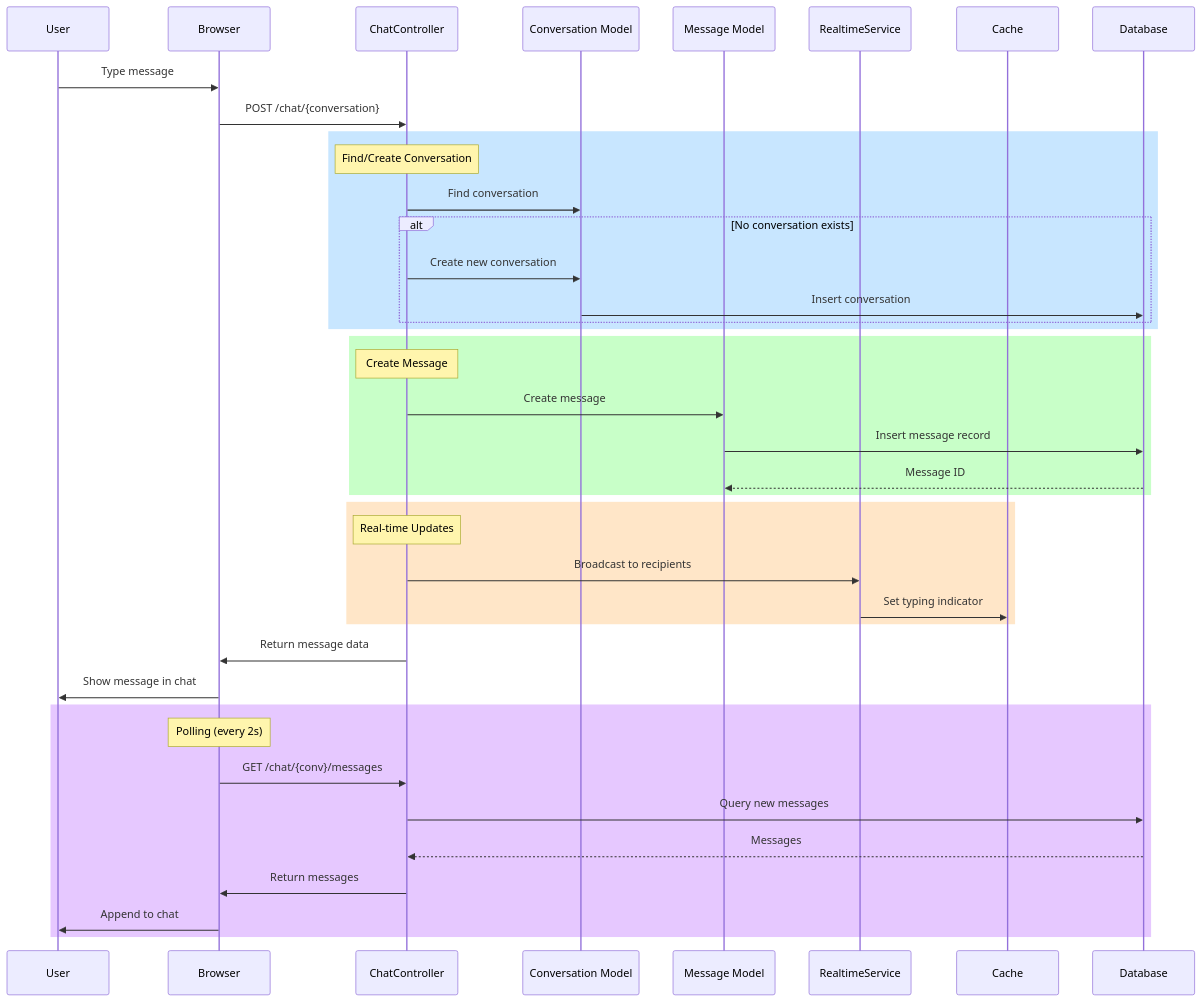
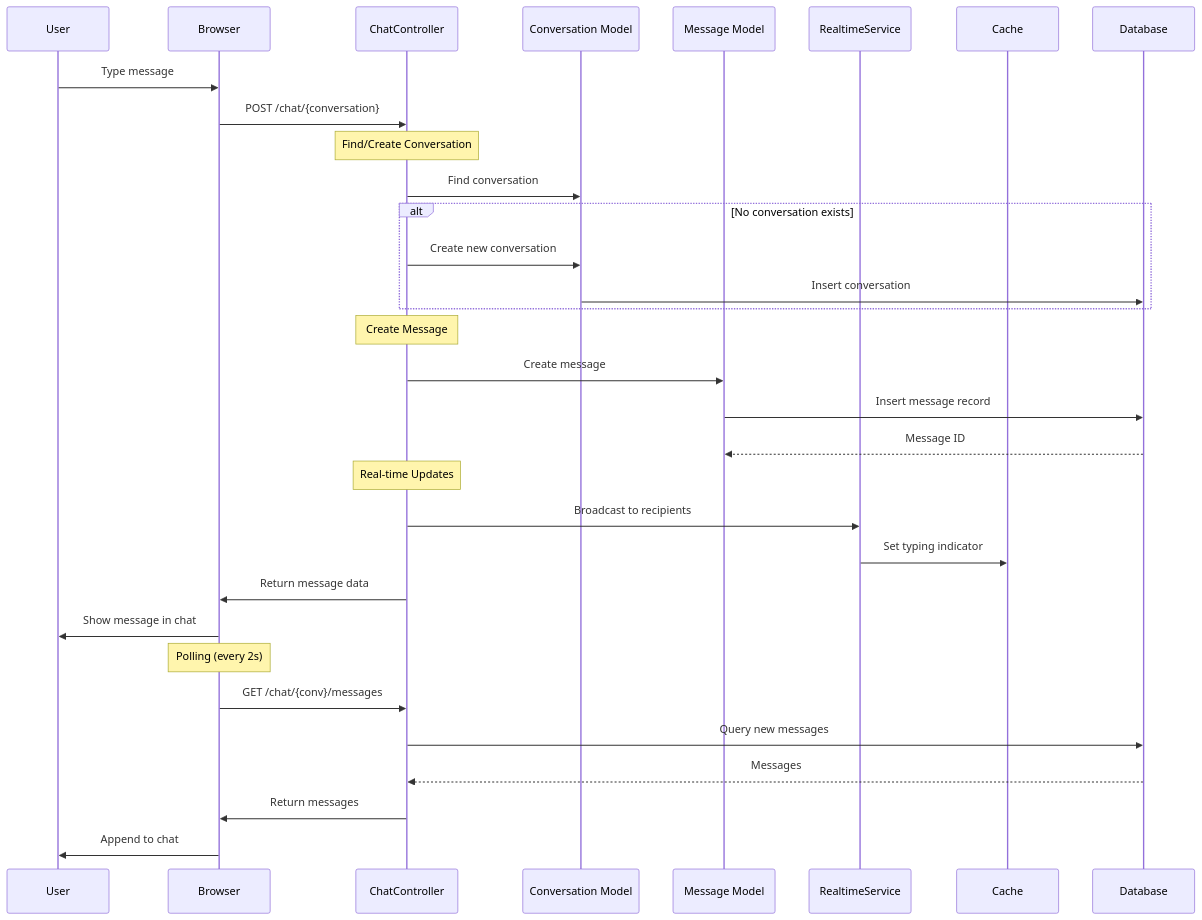
Before and after one commit to vd120/laravel_project: the eighth of 28 diagrams in UML.md, drawn with Mermaid. The commit also changed other lines of this file, not shown here.

````diff
--- a/UML.md
+++ b/UML.md
@@ -1116,48 +828,40 @@
 ```mermaid
 sequenceDiagram
     participant U as User
     participant B as Browser
     participant CC as ChatController
     participant ConvM as Conversation Model
     participant MsgM as Message Model
     participant RealtimeS as RealtimeService
     participant Cache as Cache
     participant DB as Database
 
     U->>B: Type message
     B->>CC: POST /chat/{conversation}
 
-    rect rgb(200, 230, 255)
-        Note over CC: Find/Create Conversation
-        CC->>ConvM: Find conversation
-        alt No conversation exists
-            CC->>ConvM: Create new conversation
-            ConvM->>DB: Insert conversation
-        end
+    Note over CC: Find/Create Conversation
+    CC->>ConvM: Find conversation
+    alt No conversation exists
+        CC->>ConvM: Create new conversation
+        ConvM->>DB: Insert conversation
     end
 
-    rect rgb(200, 255, 200)
-        Note over CC: Create Message
-        CC->>MsgM: Create message
-        MsgM->>DB: Insert message record
-        DB-->>MsgM: Message ID
-    end
+    Note over CC: Create Message
+    CC->>MsgM: Create message
+    MsgM->>DB: Insert message record
+    DB-->>MsgM: Message ID
 
-    rect rgb(255, 230, 200)
-        Note over CC: Real-time Updates
-        CC->>RealtimeS: Broadcast to recipients
-        RealtimeS->>Cache: Set typing indicator
-    end
+    Note over CC: Real-time Updates
+    CC->>RealtimeS: Broadcast to recipients
+    RealtimeS->>Cache: Set typing indicator
 
     CC->>B: Return message data
     B->>U: Show message in chat
 
-    rect rgb(230, 200, 255)
-        Note over B: Polling (every 2s)
-        B->>CC: GET /chat/{conv}/messages
-        CC->>DB: Query new messages
-        DB-->>CC: Messages
-        CC->>B: Return messages
-        B->>U: Append to chat
-    end
+    Note over B: Polling (every 2s)
+    B->>CC: GET /chat/{conv}/messages
+    CC->>DB: Query new messages
+    DB-->>CC: Messages
+    CC->>B: Return messages
+    B->>U: Append to chat
 ```
````
